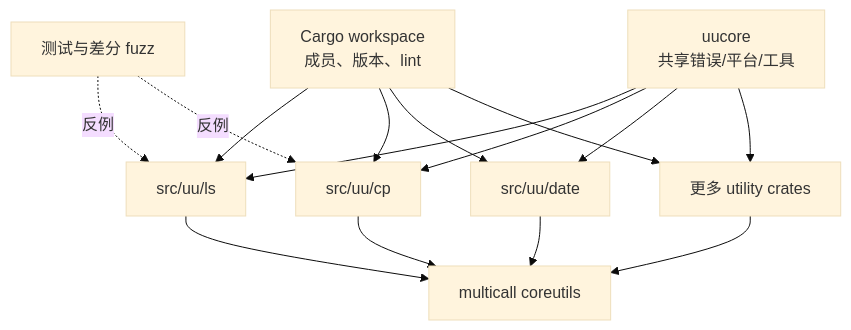
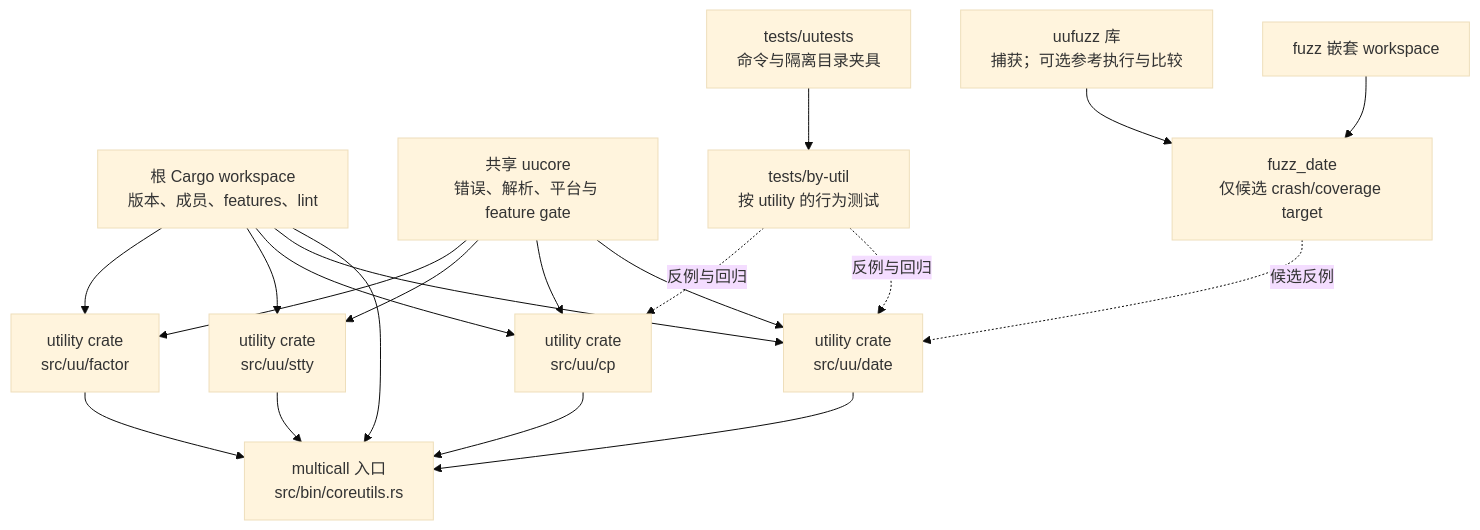
One commit to ZhangHanDong/coreutils changed the diagram in book/src/part1/ch02-uutils-case.md. Above: the diagram before and after it, drawn with Mermaid (base theme). The commit also changed other lines of this file, not shown here.

````diff
--- a/book/src/part1/ch02-uutils-case.md
+++ b/book/src/part1/ch02-uutils-case.md
@@ -29,17 +42,22 @@
 ```mermaid
 flowchart TB
-    W["Cargo workspace<br/>成员、版本、lint"] --> U1["src/uu/ls"]
-    W --> U2["src/uu/cp"]
-    W --> U3["src/uu/date"]
-    W --> UN["更多 utility crates"]
-    C["uucore<br/>共享错误/平台/工具"] --> U1
+    R["根 Cargo workspace<br/>版本、成员、features、lint"] --> D["multicall 入口<br/>src/bin/coreutils.rs"]
+    R --> U1["utility crate<br/>src/uu/date"]
+    R --> U2["utility crate<br/>src/uu/cp"]
+    R --> U3["utility crate<br/>src/uu/stty"]
+    R --> U4["utility crate<br/>src/uu/factor"]
+    C["共享 uucore<br/>错误、解析、平台与 feature gate"] --> U1
     C --> U2
     C --> U3
-    C --> UN
-    U1 --> M["multicall coreutils"]
-    U2 --> M
-    U3 --> M
-    UN --> M
-    T["测试与差分 fuzz"] -. "反例" .-> U1
-    T -. "反例" .-> U2
+    C --> U4
+    U1 --> D
+    U2 --> D
+    U3 --> D
+    U4 --> D
+    H["tests/uutests<br/>命令与隔离目录夹具"] --> T["tests/by-util<br/>按 utility 的行为测试"]
+    T -. "反例与回归" .-> U1
+    T -. "反例与回归" .-> U2
+    FX["fuzz 嵌套 workspace"] --> FD["fuzz_date<br/>仅候选 crash/coverage target"]
+    L["uufuzz 库<br/>捕获；可选参考执行与比较"] --> FD
+    FD -. "候选反例" .-> U1
 ```
````
